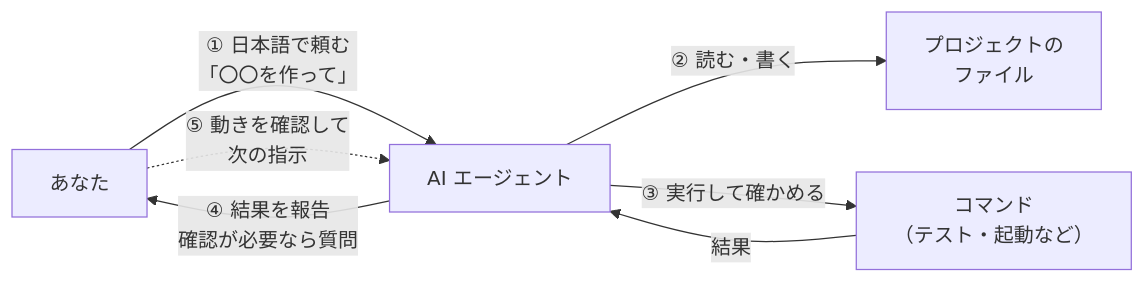
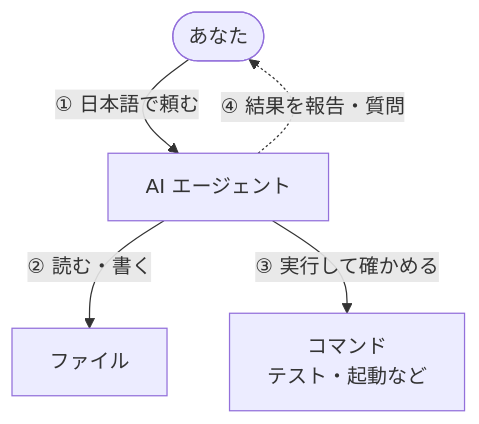
The first of 6 diagrams in docs/03-tools.md (fujitamasayoshi0402/ai-dev-setup), drawn with Mermaid before and after one commit. The commit also changed other lines of this file and 5 other files, not shown here.

First line of the commit message:
docs: 図を縦長のレイアウトにして、GitHub のボタンと重ならないように修正

````diff
--- a/docs/03-tools.md
+++ b/docs/03-tools.md
@@ -11,9 +11,7 @@
 ```mermaid
-flowchart LR
-    you["あなた"] -- "① 日本語で頼む<br>「〇〇を作って」" --> agent["AI エージェント"]
-    agent -- "② 読む・書く" --> files["プロジェクトの<br>ファイル"]
-    agent -- "③ 実行して確かめる" --> term["コマンド<br>（テスト・起動など）"]
-    term -- "結果" --> agent
-    agent -- "④ 結果を報告<br>確認が必要なら質問" --> you
-    you -. "⑤ 動きを確認して<br>次の指示" .-> agent
+flowchart TD
+    you(["あなた"]) -- "① 日本語で頼む" --> agent["AI エージェント"]
+    agent -- "② 読む・書く" --> files["ファイル"]
+    agent -- "③ 実行して確かめる" --> term["コマンド<br>テスト・起動など"]
+    agent -. "④ 結果を報告・質問" .-> you
 ```
````
